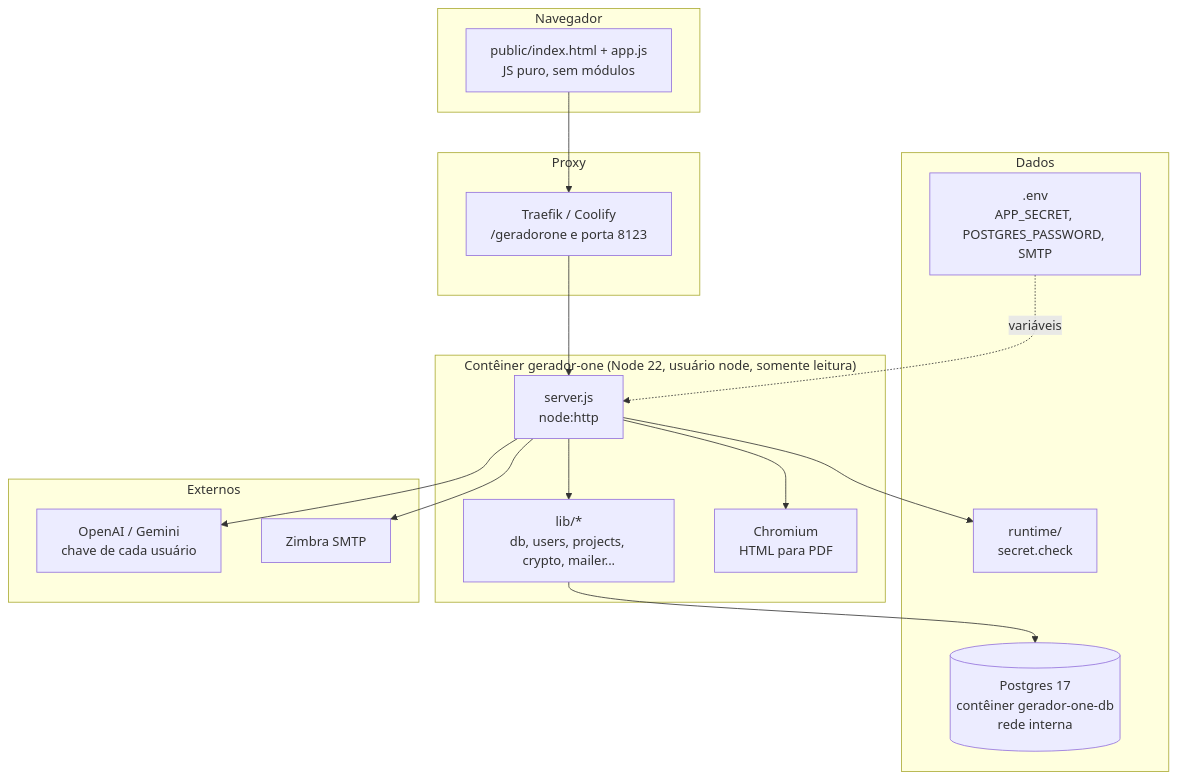
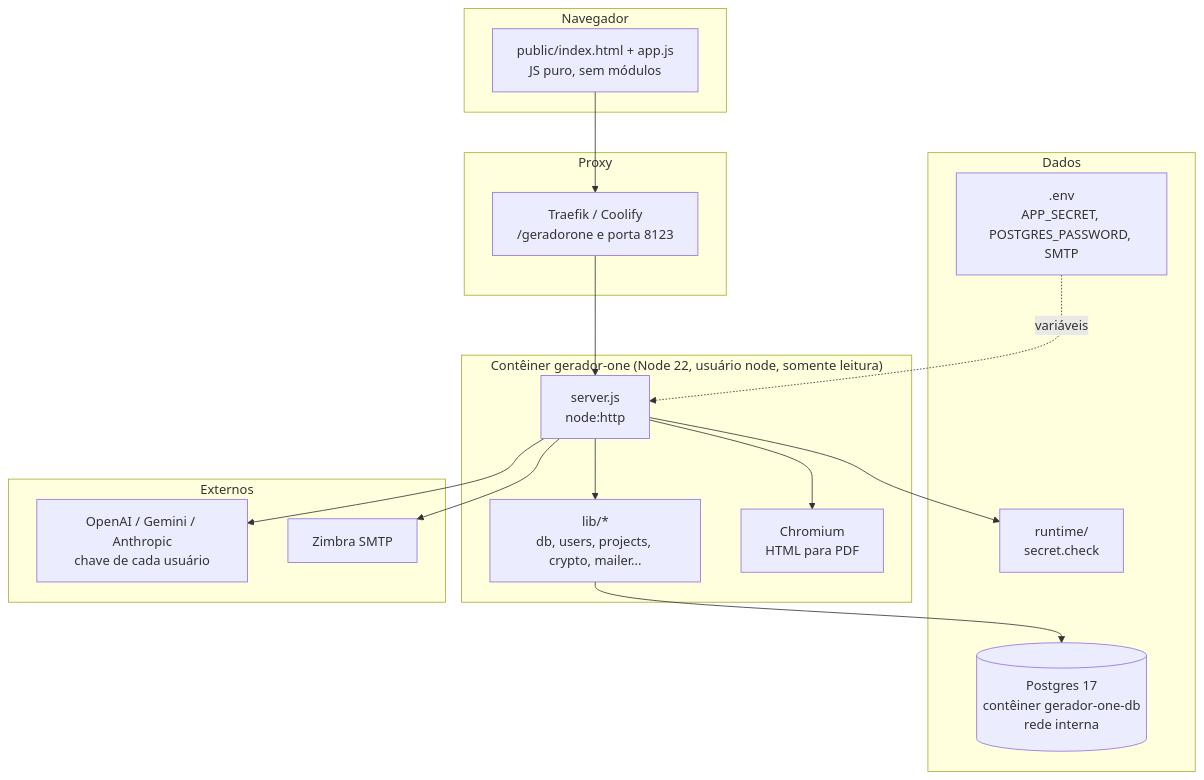
One commit to Epaminondaslage/geradorOne changed the first of 3 diagrams in docs/CODEBASE_MAP.md. Above: the diagram before and after it, drawn with Mermaid. The commit also changed other lines of this file and 14 other files, not shown here.

````diff
--- a/docs/CODEBASE_MAP.md
+++ b/docs/CODEBASE_MAP.md
@@ -15,31 +16,31 @@
 ```mermaid
 graph TB
     subgraph Navegador
         UI[public/index.html + app.js<br/>JS puro, sem módulos]
     end
     subgraph Proxy
         T[Traefik / Coolify<br/>/geradorone e porta 8123]
     end
     subgraph App["Contêiner gerador-one (Node 22, usuário node, somente leitura)"]
         S[server.js<br/>node:http]
         L[lib/*<br/>db, users, projects, crypto, mailer...]
         C[Chromium<br/>HTML para PDF]
     end
     subgraph Dados
         PG[(Postgres 17<br/>contêiner gerador-one-db<br/>rede interna)]
         RT[runtime/<br/>secret.check]
         ENV[.env<br/>APP_SECRET, POSTGRES_PASSWORD, SMTP]
     end
     subgraph Externos
-        AI[OpenAI / Gemini<br/>chave de cada usuário]
+        AI[OpenAI / Gemini / Anthropic<br/>chave de cada usuário]
         SMTP[Zimbra SMTP]
     end
     UI --> T --> S
     S --> L
     L --> PG
     S --> RT
     S --> C
     S --> AI
     S --> SMTP
     ENV -.variáveis.-> S
 ```
````
